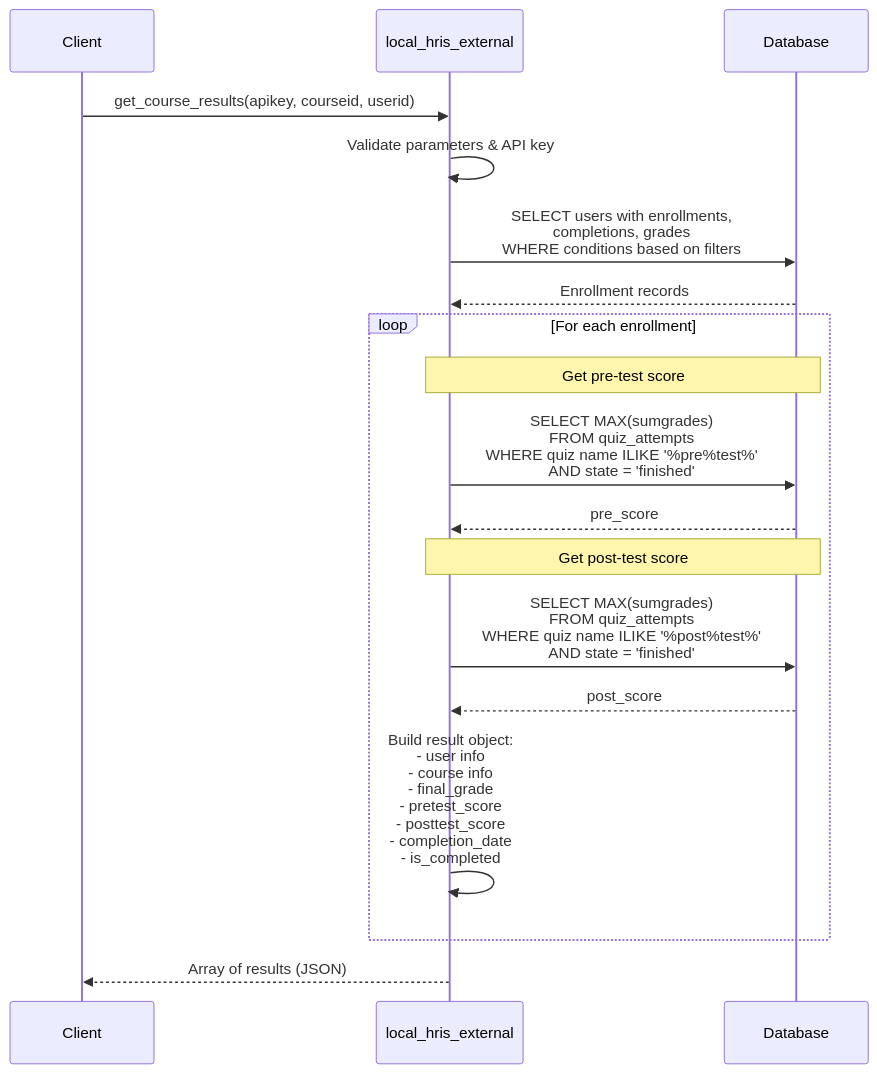
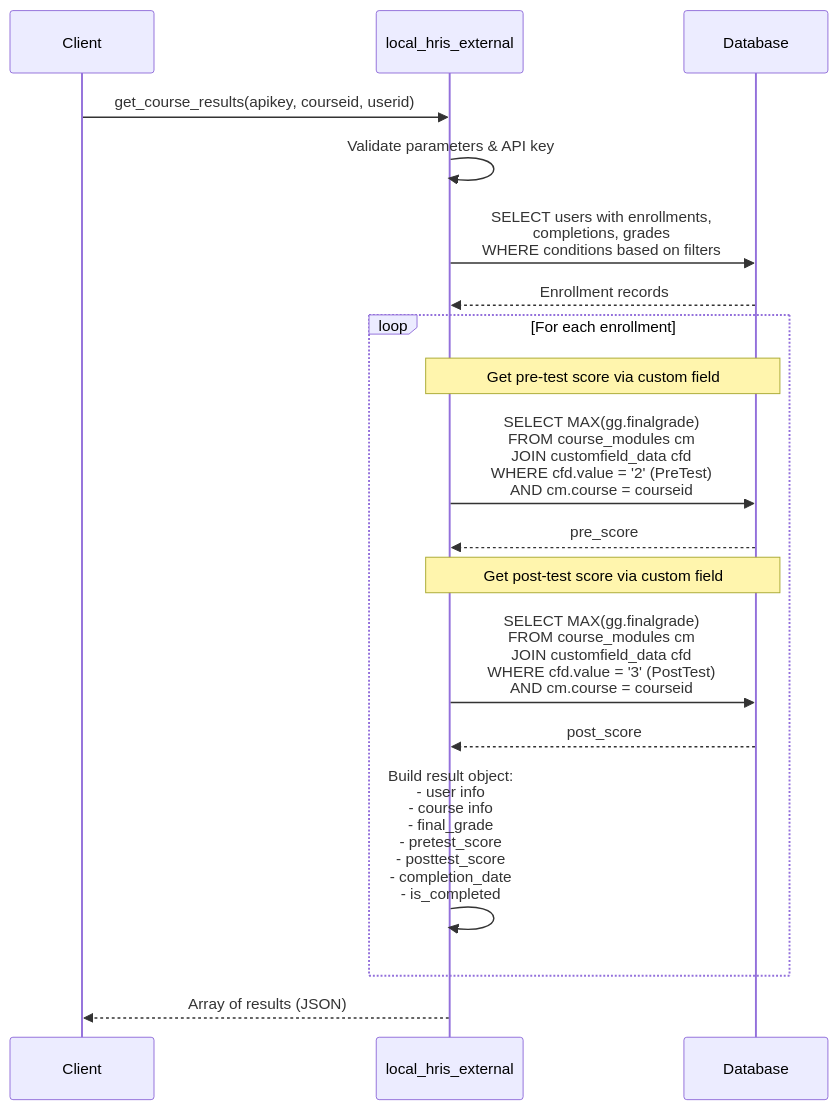
Before and after one commit to toosa/moodle-hris: the fourth of 6 diagrams in DESIGN.md, drawn with Mermaid. The commit also changed other lines of this file and 8 other files, not shown here.

````diff
--- a/DESIGN.md
+++ b/DESIGN.md
@@ -331,28 +331,28 @@
 ```mermaid
 sequenceDiagram
     participant Client
     participant API as local_hris_external
     participant DB as Database
     
     Client->>API: get_course_results(apikey, courseid, userid)
     
     API->>API: Validate parameters & API key
     
     API->>DB: SELECT users with enrollments,<br/>completions, grades<br/>WHERE conditions based on filters
     
     DB-->>API: Enrollment records
     
     loop For each enrollment
-        Note over API,DB: Get pre-test score
-        API->>DB: SELECT MAX(sumgrades)<br/>FROM quiz_attempts<br/>WHERE quiz name ILIKE '%pre%test%'<br/>AND state = 'finished'
+        Note over API,DB: Get pre-test score via custom field
+        API->>DB: SELECT MAX(gg.finalgrade)<br/>FROM course_modules cm<br/>JOIN customfield_data cfd<br/>WHERE cfd.value = '2' (PreTest)<br/>AND cm.course = courseid
         DB-->>API: pre_score
         
-        Note over API,DB: Get post-test score
-        API->>DB: SELECT MAX(sumgrades)<br/>FROM quiz_attempts<br/>WHERE quiz name ILIKE '%post%test%'<br/>AND state = 'finished'
+        Note over API,DB: Get post-test score via custom field
+        API->>DB: SELECT MAX(gg.finalgrade)<br/>FROM course_modules cm<br/>JOIN customfield_data cfd<br/>WHERE cfd.value = '3' (PostTest)<br/>AND cm.course = courseid
         DB-->>API: post_score
         
         API->>API: Build result object:<br/>- user info<br/>- course info<br/>- final_grade<br/>- pretest_score<br/>- posttest_score<br/>- completion_date<br/>- is_completed
     end
     
     API-->>Client: Array of results (JSON)
 ```
````
